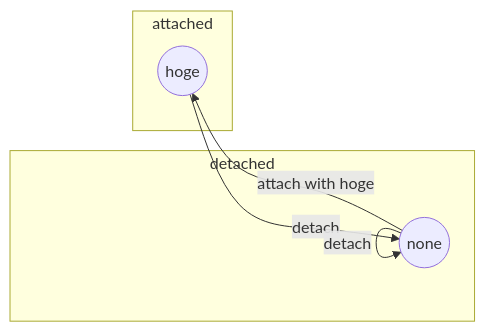
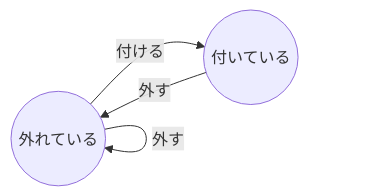
Before and after one commit to mymactive/hands-on-tdd-with-react-typescript: the diagram in src/hooks/useBadge/design.md, drawn with Mermaid. The commit also changed other lines of this file, not shown here.

````diff
--- a/src/hooks/useBadge/design.md
+++ b/src/hooks/useBadge/design.md
@@ -18,13 +17,6 @@
 ```mermaid
-flowchart RL
-d((none)) -- attach with hoge--> a((hoge))
-a((hoge)) -- detach --> d((none))
-d((none)) -- detach --> d((none))
-
-  subgraph detached
-    d((none))
-  end
-  subgraph attached
-    a((hoge))
-  end
+flowchart LR
+d((外れている)) -- 外す --> d((外れている))
+d((外れている)) -- 付ける --> a((付いている))
+a((付いている)) -- 外す --> d((外れている))
 ```
````
